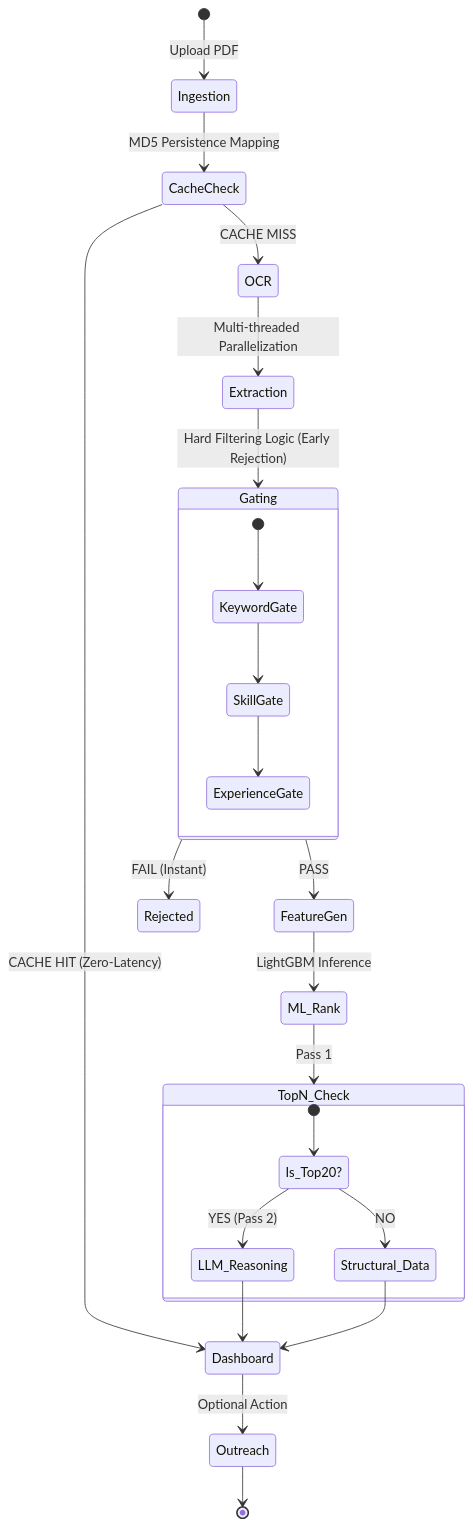
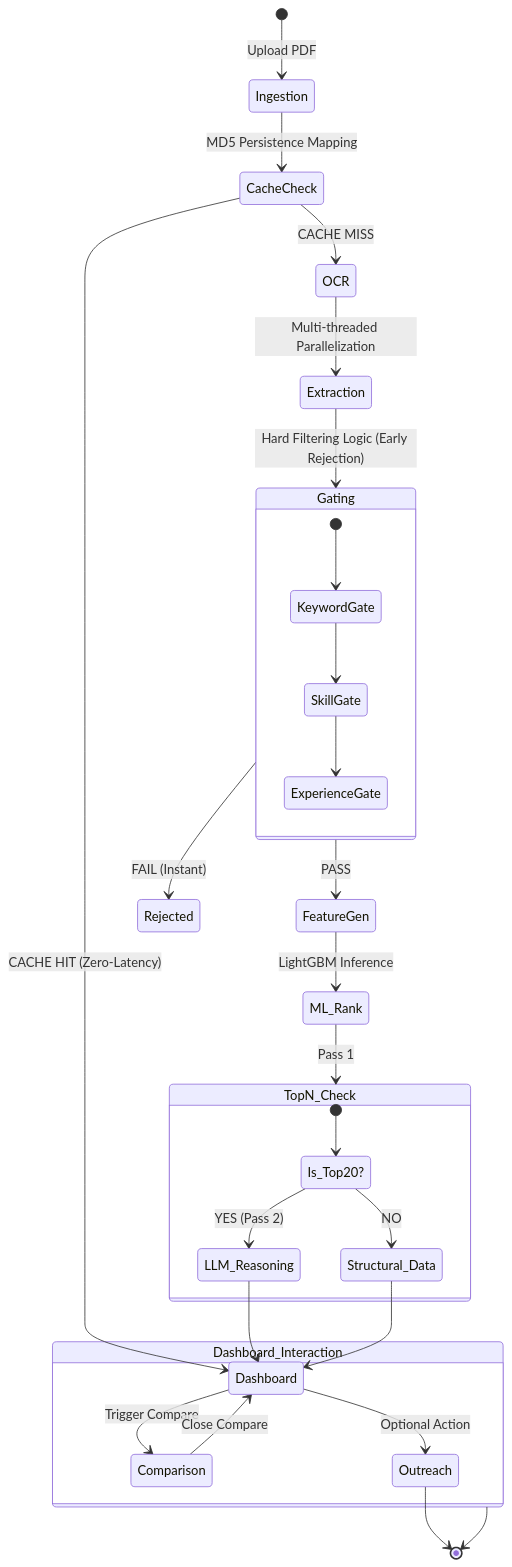
The third of 5 diagrams in README.md (anshul4510/RecruitIQ), drawn with Mermaid before and after one commit. The commit also changed other lines of this file and 2 other files, not shown here.

Commit message:
compare_candidates

````diff
--- a/README.md
+++ b/README.md
@@ -99,34 +116,41 @@
 ```mermaid
 stateDiagram-v2
     [*] --> Ingestion: Upload PDF
     Ingestion --> CacheCheck: MD5 Persistence Mapping
     
     CacheCheck --> Dashboard: CACHE HIT (Zero-Latency)
     CacheCheck --> OCR: CACHE MISS
     
     OCR --> Extraction: Multi-threaded Parallelization
     Extraction --> Gating: Hard Filtering Logic (Early Rejection)
     
     state Gating {
         [*] --> KeywordGate
         KeywordGate --> SkillGate
         SkillGate --> ExperienceGate
     }
     
     Gating --> FeatureGen: PASS
     Gating --> Rejected: FAIL (Instant)
     
     FeatureGen --> ML_Rank: LightGBM Inference
     ML_Rank --> TopN_Check: Pass 1
     
     state TopN_Check {
         [*] --> Is_Top20?
         Is_Top20? --> LLM_Reasoning: YES (Pass 2)
         Is_Top20? --> Structural_Data: NO
     }
     
     LLM_Reasoning --> Dashboard
     Structural_Data --> Dashboard
-    Dashboard --> Outreach: Optional Action
+    
+    state Dashboard_Interaction {
+        Dashboard --> Comparison: Trigger Compare
+        Comparison --> Dashboard: Close Compare
+        Dashboard --> Outreach: Optional Action
+    }
+    
     Outreach --> [*]
+    Dashboard_Interaction --> [*]
 ```
````
